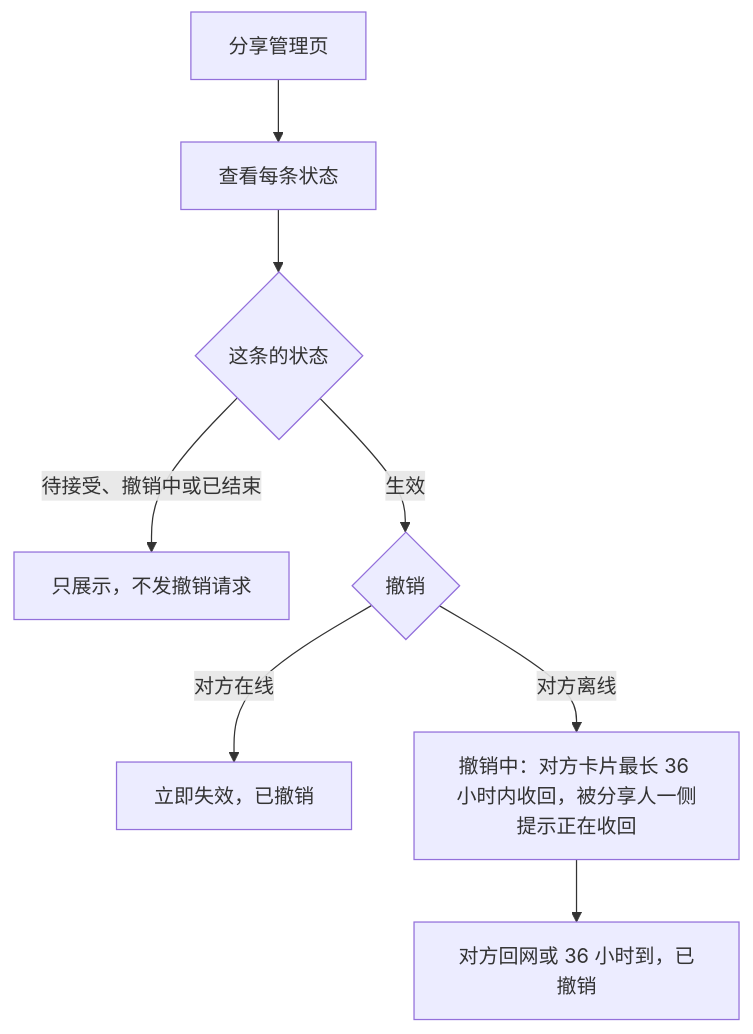
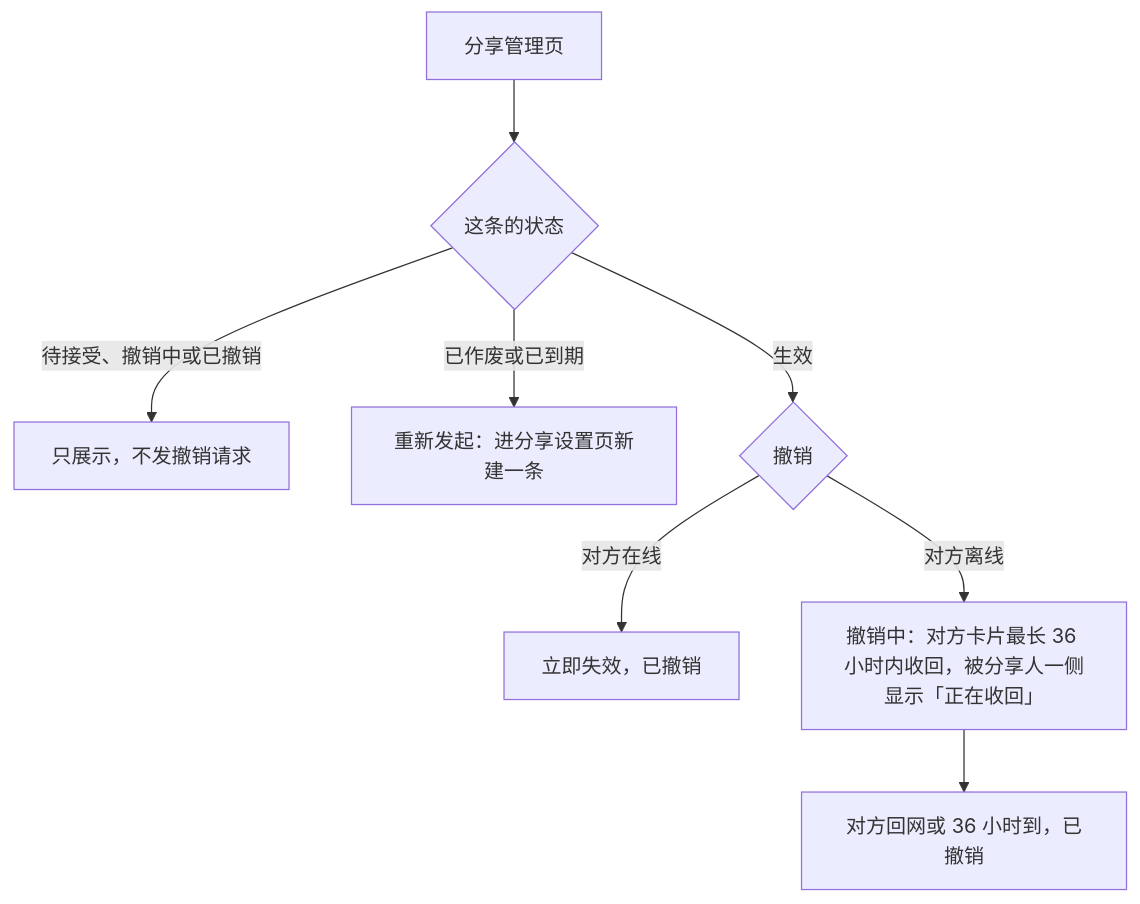
Before and after one commit to sqsqsq/SimulatedWalletForHmos: the fourth of 4 diagrams in doc/plan/2.0.3/2026-10-07-整体设计/实施反馈/金样候选/car-key-sharing/update/sharing-wallet-slice/spec/spec.md, drawn with Mermaid. The commit also changed other lines of this file and 38 other files, not shown here.

````diff
--- a/doc/plan/2.0.3/2026-10-07-整体设计/实施反馈/金样候选/car-key-sharing/update/sharing-wallet-slice/spec/spec.md
+++ b/doc/plan/2.0.3/2026-10-07-整体设计/实施反馈/金样候选/car-key-sharing/update/sharing-wallet-slice/spec/spec.md
@@ -152,10 +254,10 @@
 ```mermaid
 flowchart TD
-    A[分享管理页] --> B[查看每条状态]
-    B --> S{这条的状态}
-    S -->|待接受、撤销中或已结束| N[只展示，不发撤销请求]
-    S -->|生效| C{撤销}
+    A[分享管理页] --> B{这条的状态}
+    B -->|待接受、撤销中或已撤销| N[只展示，不发撤销请求]
+    B -->|已作废或已到期| RS[重新发起：进分享设置页新建一条]
+    B -->|生效| C{撤销}
     C -->|对方在线| D[立即失效，已撤销]
-    C -->|对方离线| E[撤销中：对方卡片最长 36 小时内收回，被分享人一侧提示正在收回]
+    C -->|对方离线| E[撤销中：对方卡片最长 36 小时内收回，被分享人一侧显示「正在收回」]
     E --> F[对方回网或 36 小时到，已撤销]
 ```
````
